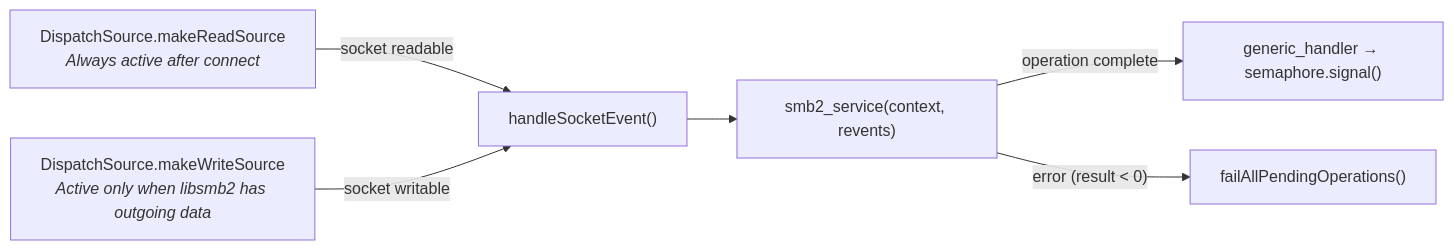
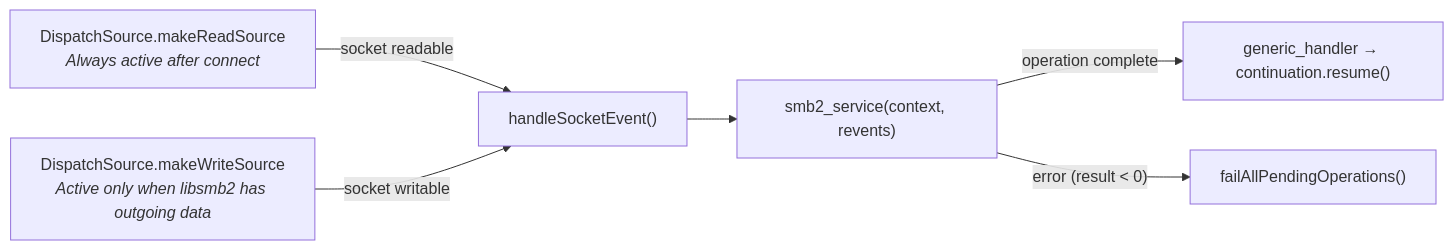
One commit to simplekube-ro/AMSMB2 changed the fifth of 6 diagrams in docs/ARCHITECTURE.md. Above: the diagram before and after it, drawn with Mermaid. The commit also changed other lines of this file and 5 other files, not shown here.

````diff
--- a/docs/ARCHITECTURE.md
+++ b/docs/ARCHITECTURE.md
@@ -153,8 +152,8 @@
 ```mermaid
 graph LR
     RS["DispatchSource.makeReadSource<br/><i>Always active after connect</i>"] -->|"socket readable"| HE["handleSocketEvent()"]
     WS["DispatchSource.makeWriteSource<br/><i>Active only when libsmb2 has outgoing data</i>"] -->|"socket writable"| HE
     HE --> SVC["smb2_service(context, revents)"]
-    SVC -->|"operation complete"| GH["generic_handler → semaphore.signal()"]
+    SVC -->|"operation complete"| GH["generic_handler → continuation.resume()"]
     SVC -->|"error (result < 0)"| FAIL["failAllPendingOperations()"]
 ```
````
